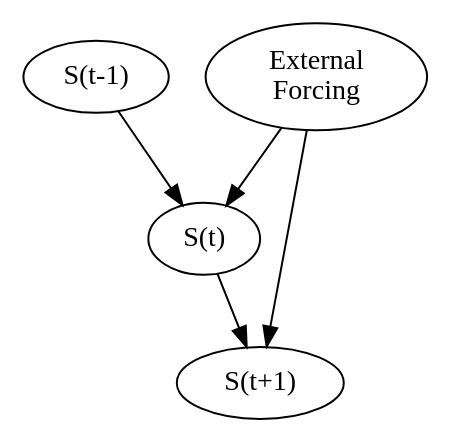
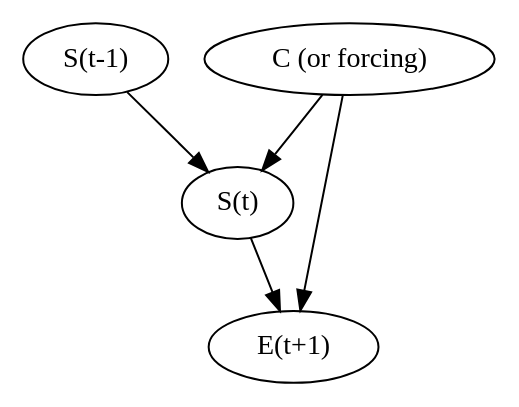
One commit to massma/causality-earth-science changed the diagram in dot/forcing-graph.dot. Above: the diagram before and after it, drawn with Graphviz. The commit also changed 5 other files, not shown here.

```diff
--- a/dot/forcing-graph.dot
+++ b/dot/forcing-graph.dot
@@ -1,15 +1,15 @@
 digraph G {
 	sMinus1[label="S(t-1)"];
 
-	f[label="External\nForcing"];
+	f[label="C (or forcing)"];
 	s[label="S(t)"];
 
-	s1[label="S(t+1)"];
+	e[label="E(t+1)"];
 
 	sMinus1 -> s;
 
 	f -> s;
-        f -> s1;
-	s -> s1;
+        f -> e;
+	s -> e;
 
 }
```
